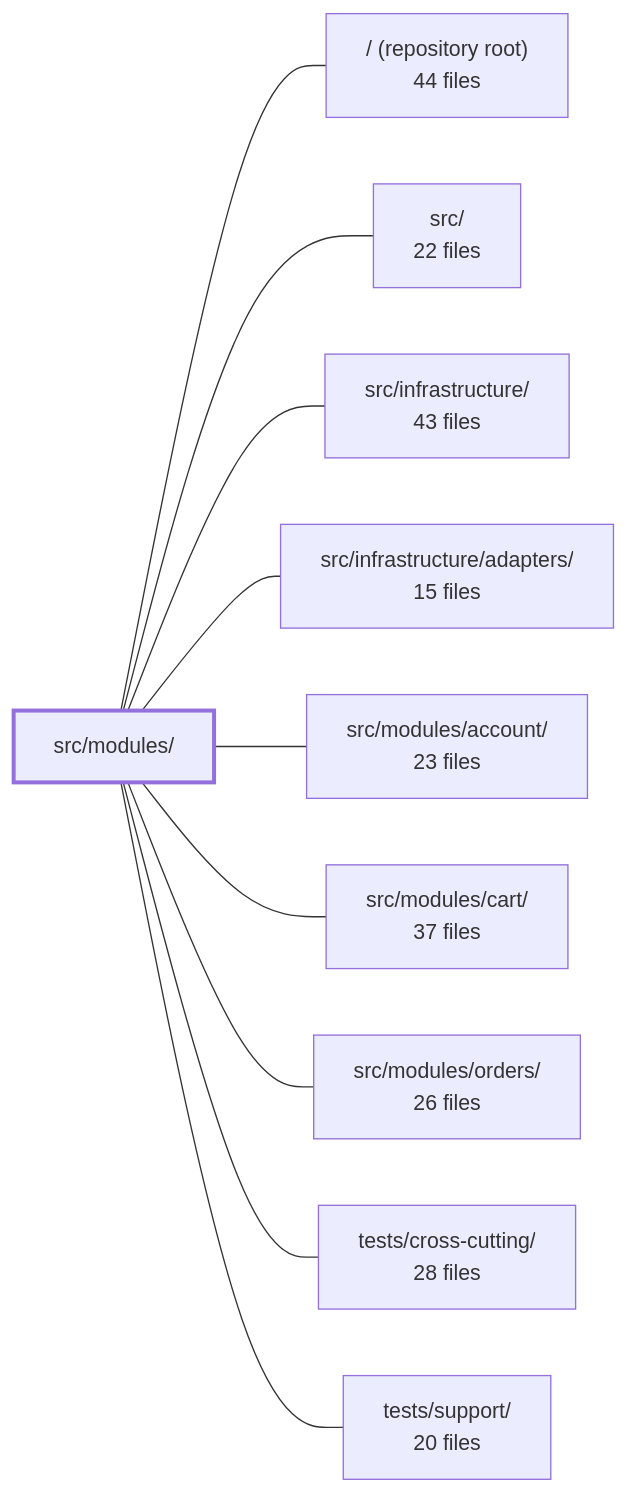
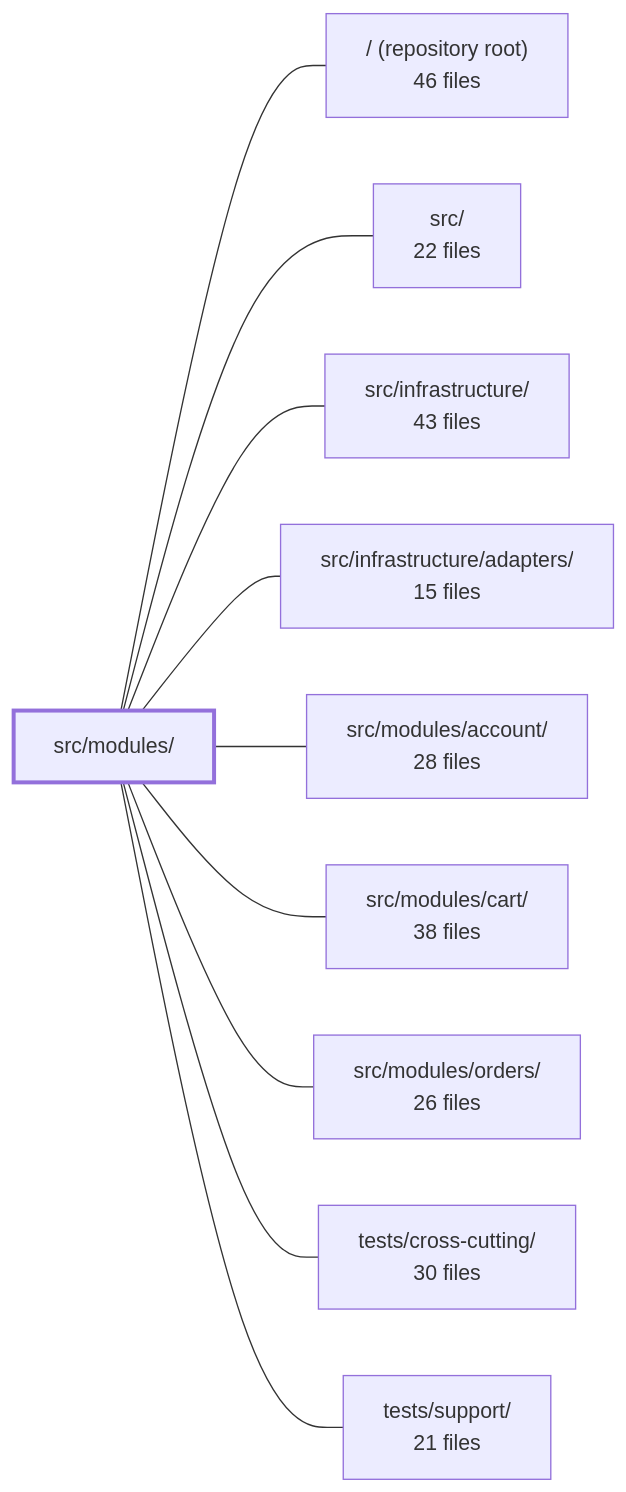
One commit to Guebbit/boilerplate-node-backend changed the diagram in .2repo/modules/boilerplate-node-backend_src_modules.md. Above: the diagram before and after it, drawn with Mermaid. The commit also changed other lines of this file and 302 other files, not shown here.

First line of the commit message:
chore(2repo): refresh repo context, wiki, and architecture snapshots

````diff
--- a/.2repo/modules/boilerplate-node-backend_src_modules.md
+++ b/.2repo/modules/boilerplate-node-backend_src_modules.md
@@ -39,23 +48,23 @@
 ```mermaid
 flowchart LR
     m_src_modules["src/modules/"]
-    m_root["/ (repository root)<br/>44 files"]
+    m_root["/ (repository root)<br/>46 files"]
     m_src["src/<br/>22 files"]
     m_src_infrastructure["src/infrastructure/<br/>43 files"]
     m_src_infrastructure_adapters["src/infrastructure/adapters/<br/>15 files"]
-    m_src_modules_account["src/modules/account/<br/>23 files"]
-    m_src_modules_cart["src/modules/cart/<br/>37 files"]
+    m_src_modules_account["src/modules/account/<br/>28 files"]
+    m_src_modules_cart["src/modules/cart/<br/>38 files"]
     m_src_modules_orders["src/modules/orders/<br/>26 files"]
-    m_tests_cross_cutting["tests/cross-cutting/<br/>28 files"]
-    m_tests_support["tests/support/<br/>20 files"]
+    m_tests_cross_cutting["tests/cross-cutting/<br/>30 files"]
+    m_tests_support["tests/support/<br/>21 files"]
     m_src_modules --- m_root
     m_src_modules --- m_src
     m_src_modules --- m_src_infrastructure
     m_src_modules --- m_src_infrastructure_adapters
     m_src_modules --- m_src_modules_account
     m_src_modules --- m_src_modules_cart
     m_src_modules --- m_src_modules_orders
     m_src_modules --- m_tests_cross_cutting
     m_src_modules --- m_tests_support
     style m_src_modules stroke-width:3px
 ```
````
